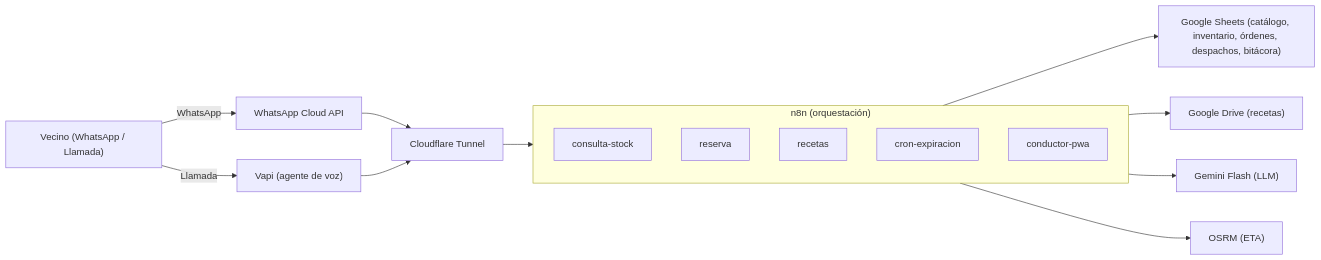
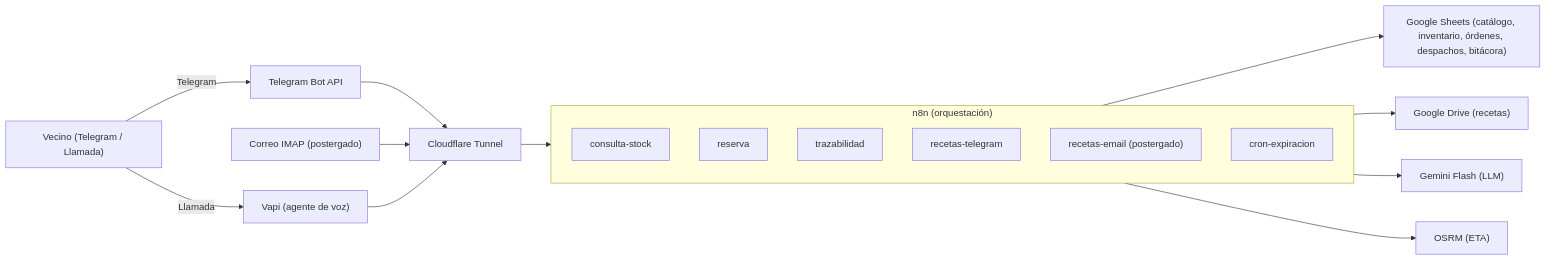
The diagram in docs/arquitectura.md (Jeple/Proyecto-IngenieraSoftware), drawn with Mermaid before and after one commit. The commit also changed other lines of this file and 6 other files, not shown here.

````diff
--- a/docs/arquitectura.md
+++ b/docs/arquitectura.md
@@ -7,30 +7,33 @@
 ```mermaid
 flowchart LR
-    Vecino["Vecino (WhatsApp / Llamada)"]
-    WA["WhatsApp Cloud API"]
+    Vecino["Vecino (Telegram / Llamada)"]
+    TG["Telegram Bot API"]
     Vapi["Vapi (agente de voz)"]
+    IMAP["Correo IMAP (postergado)"]
     Tunnel["Cloudflare Tunnel"]
 
     subgraph N8N["n8n (orquestación)"]
         WF1["consulta-stock"]
         WF2["reserva"]
-        WF3["recetas"]
-        WF4["cron-expiracion"]
-        WF5["conductor-pwa"]
+        WF3["trazabilidad"]
+        WF4["recetas-telegram"]
+        WF5["recetas-email (postergado)"]
+        WF6["cron-expiracion"]
     end
 
     Sheets["Google Sheets (catálogo, inventario, órdenes, despachos, bitácora)"]
     Drive["Google Drive (recetas)"]
     Gemini["Gemini Flash (LLM)"]
     OSRM["OSRM (ETA)"]
 
-    Vecino -->|WhatsApp| WA
+    Vecino -->|Telegram| TG
     Vecino -->|Llamada| Vapi
-    WA --> Tunnel
+    TG --> Tunnel
+    IMAP --> Tunnel
     Vapi --> Tunnel
     Tunnel --> N8N
     N8N --> Sheets
     N8N --> Drive
     N8N --> Gemini
     N8N --> OSRM
 ```
````
